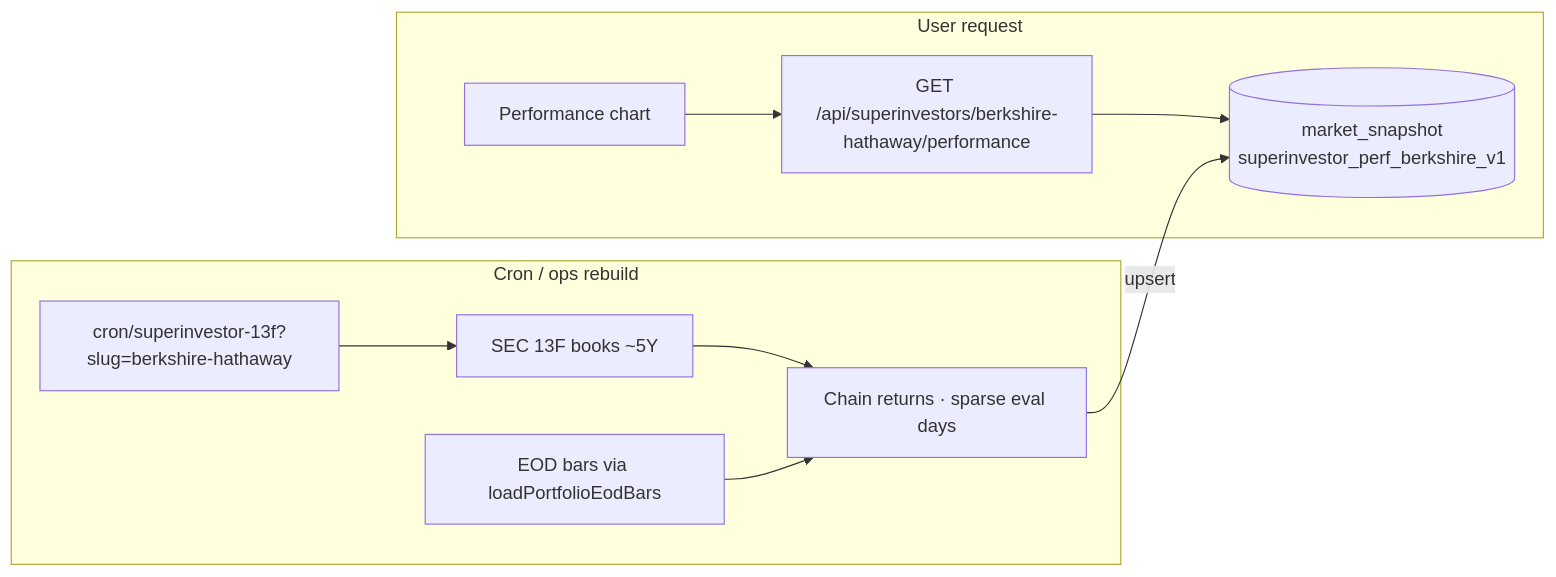
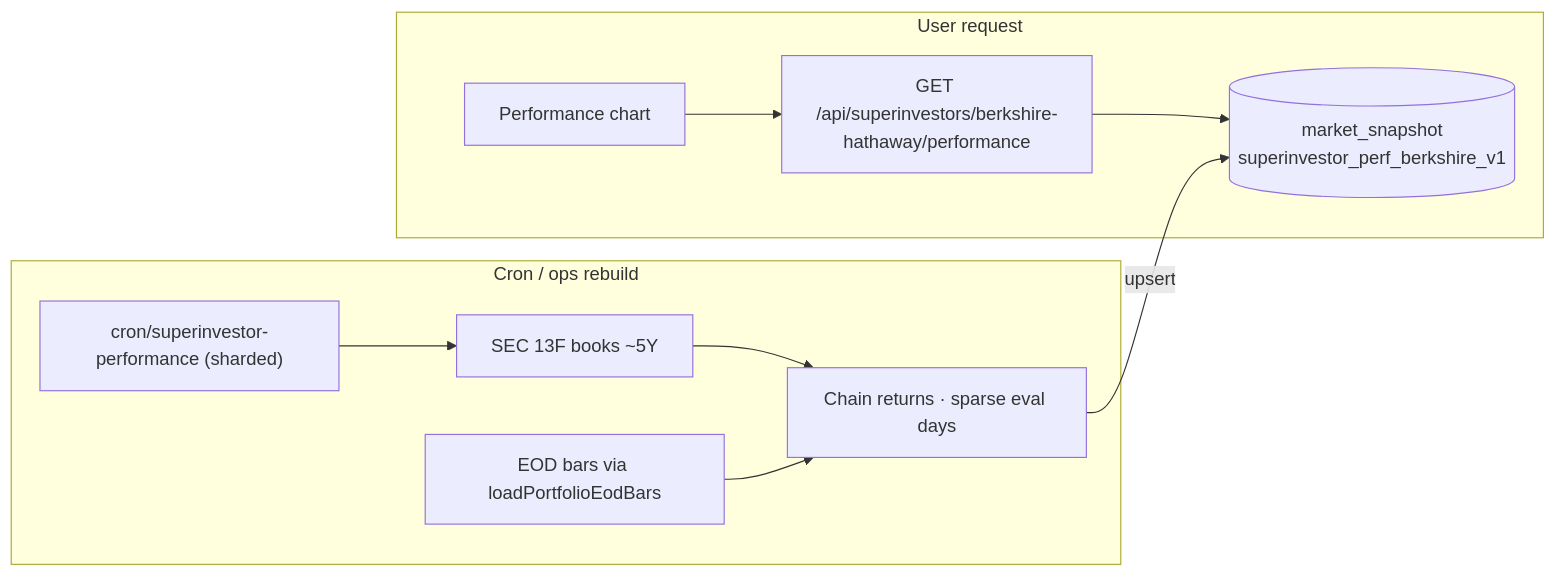
The diagram in docs/SUPERINVESTORS-PERFORMANCE.md (finsepa/finsepa), drawn with Mermaid before and after one commit. The commit also changed other lines of this file and 1 other file, not shown here.

First line of the commit message:
Enable superinvestor Performance tab for top 10 managers only.

````diff
--- a/docs/SUPERINVESTORS-PERFORMANCE.md
+++ b/docs/SUPERINVESTORS-PERFORMANCE.md
@@ -23,19 +23,19 @@
 ```mermaid
 flowchart LR
   subgraph user [User request]
     UI[Performance chart]
     API["GET /api/superinvestors/berkshire-hathaway/performance"]
     Snap[(market_snapshot\nsuperinvestor_perf_berkshire_v1)]
     UI --> API --> Snap
   end
 
   subgraph rebuild [Cron / ops rebuild]
-    Cron["cron/superinvestor-13f?slug=berkshire-hathaway"]
+    Cron["cron/superinvestor-performance (sharded)"]
     SEC[SEC 13F books ~5Y]
     EOD[EOD bars via loadPortfolioEodBars]
     Build[Chain returns · sparse eval days]
     Cron --> SEC --> Build
     EOD --> Build
     Build -->|upsert| Snap
   end
 ```
````
